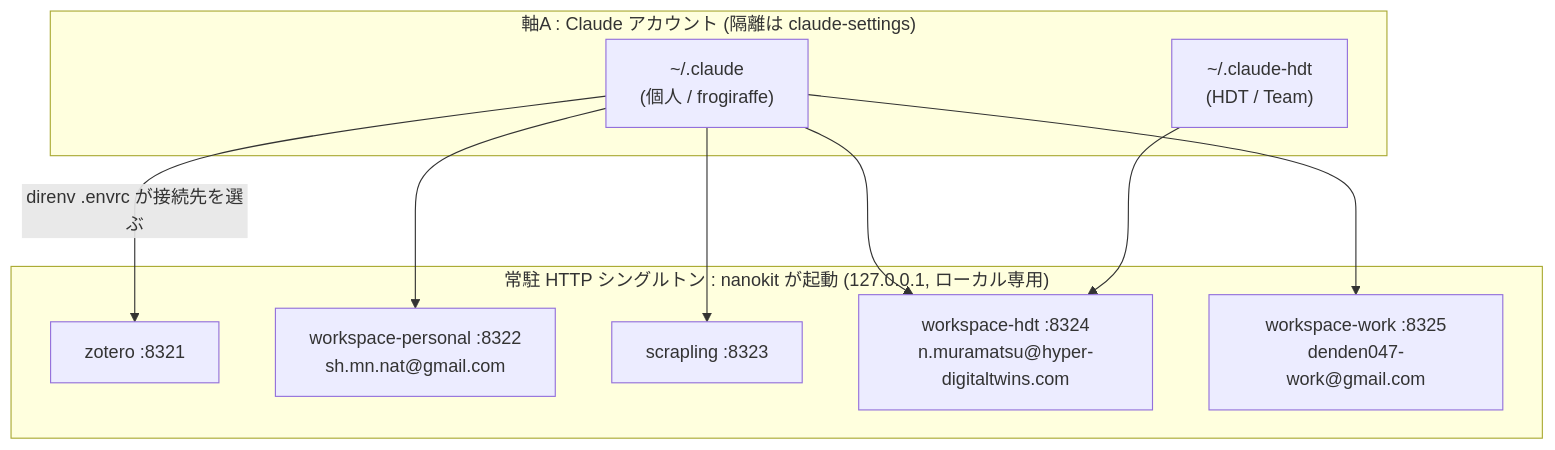
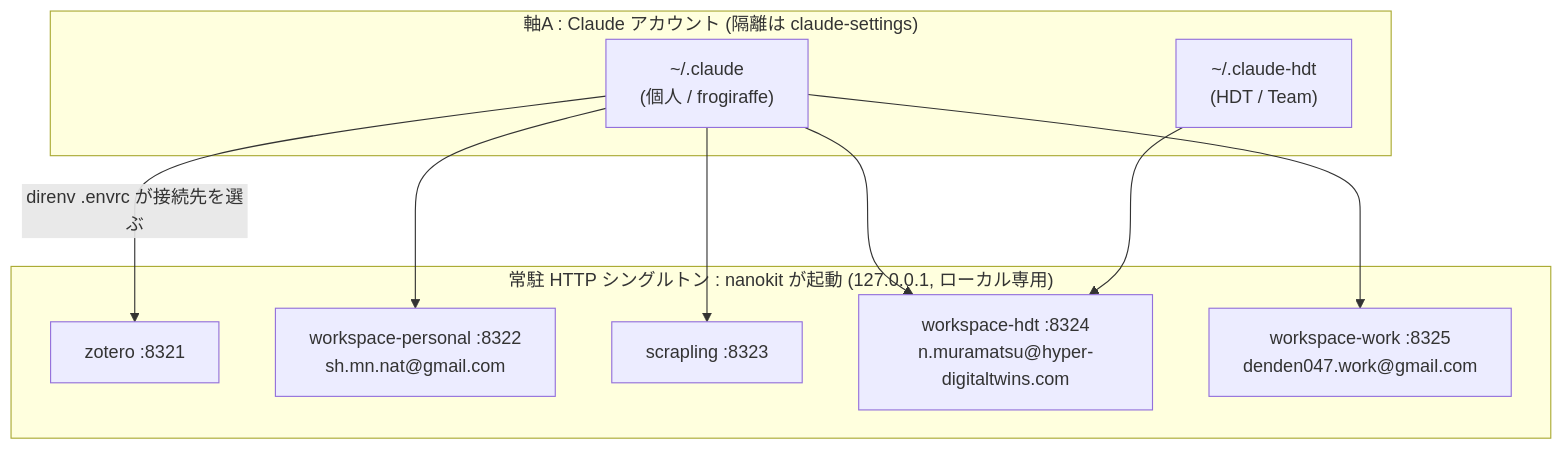
The second of 2 diagrams in claude/ARCHITECTURE.md (DenDen047/nanokit), drawn with Mermaid before and after one commit. The commit also changed other lines of this file and 4 other files, not shown here.

````diff
--- a/claude/ARCHITECTURE.md
+++ b/claude/ARCHITECTURE.md
@@ -115,22 +115,22 @@
 ```mermaid
 flowchart TB
     subgraph axisA["軸A : Claude アカウント (隔離は claude-settings)"]
         personal["~/.claude<br/>(個人 / frogiraffe)"]
         hdt["~/.claude-hdt<br/>(HDT / Team)"]
     end
 
     subgraph resident["常駐 HTTP シングルトン : nanokit が起動 (127.0.0.1, ローカル専用)"]
         z["zotero :8321"]
         wp["workspace-personal :8322<br/>sh.mn.nat@gmail.com"]
         sc["scrapling :8323"]
         wh["workspace-hdt :8324<br/>n.muramatsu@hyper-digitaltwins.com"]
-        ww["workspace-work :8325<br/>denden047-work@gmail.com"]
+        ww["workspace-work :8325<br/>denden047.work@gmail.com"]
     end
 
     personal -->|"direnv .envrc が接続先を選ぶ"| z
     personal --> wp
     personal --> sc
     personal --> wh
     personal --> ww
     hdt --> wh
 ```
````
